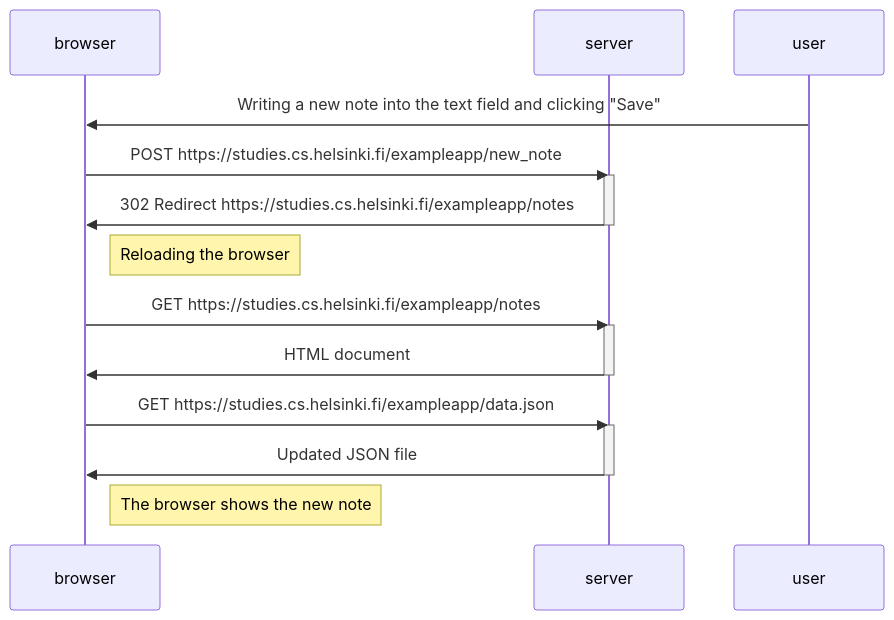
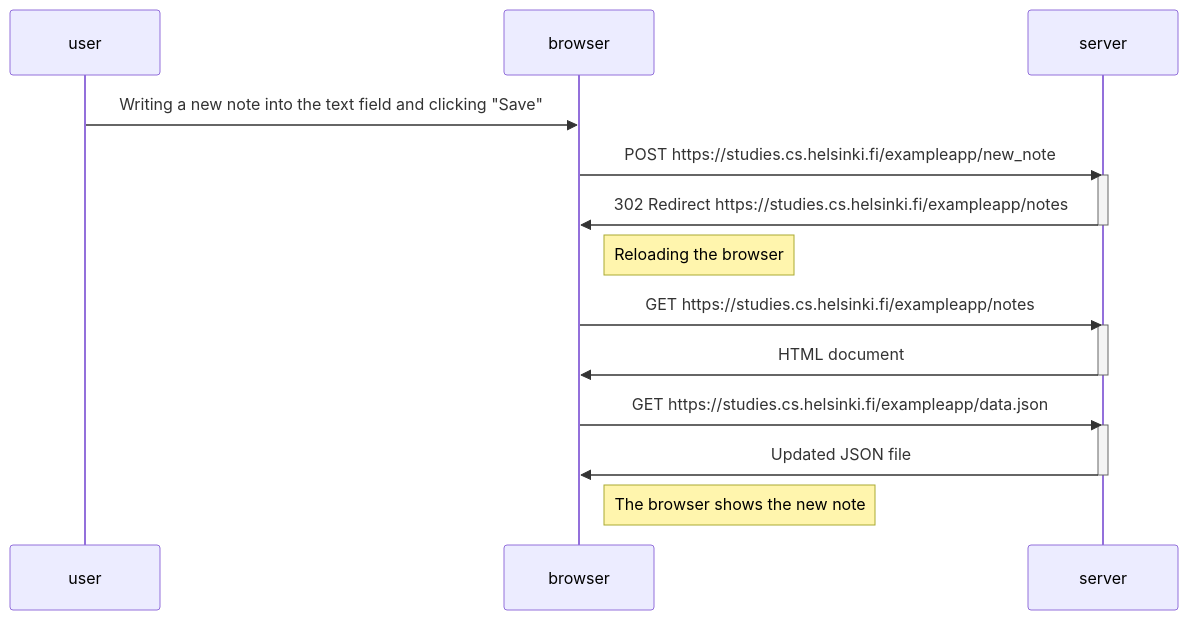
One commit to emmicamilla/full-stack-open changed the diagram in part0/0.4.md. Above: the diagram before and after it, drawn with Mermaid. The commit also changed other lines of this file, not shown here.

````diff
--- a/part0/0.4.md
+++ b/part0/0.4.md
@@ -1,27 +1,27 @@
 ```mermaid
 sequenceDiagram
+    participant user
     participant browser
     participant server
-    participant user
 
     user->>browser: Writing a new note into the text field and clicking "Save"
 
     browser->>server: POST https://studies.cs.helsinki.fi/exampleapp/new_note
     activate server
     server->>browser: 302 Redirect https://studies.cs.helsinki.fi/exampleapp/notes
     deactivate server
 
     Note right of browser: Reloading the browser 
 
     browser->>server: GET https://studies.cs.helsinki.fi/exampleapp/notes
     activate server
     server->>browser: HTML document
     deactivate server
 
     browser->>server: GET https://studies.cs.helsinki.fi/exampleapp/data.json
     activate server
     server->>browser: Updated JSON file
     deactivate server
     
     Note right of browser: The browser shows the new note
 ```
````
